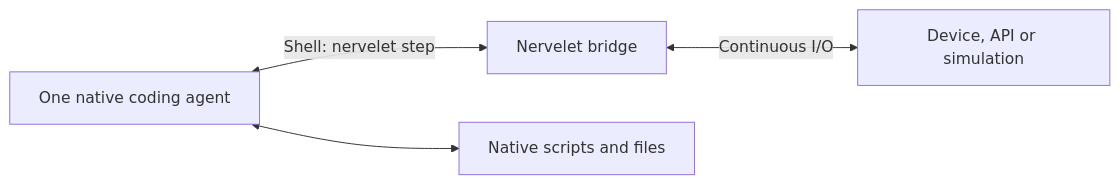
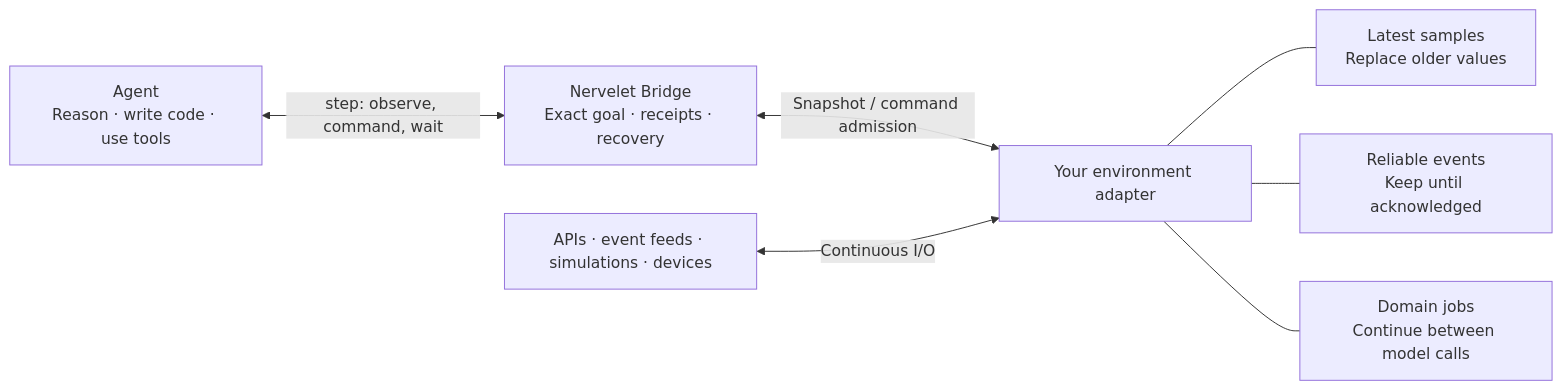
The first of 3 diagrams in README.md (DanMcInerney/nervelet), drawn with Mermaid before and after one commit. The commit also changed other lines of this file and 29 other files, not shown here.

First line of the commit message:
Add bounded emergency attention and explain Nervelet's continuous agent loop (#2)

````diff
--- a/README.md
+++ b/README.md
@@ -11,6 +11,9 @@
 ```mermaid
 flowchart LR
-    A["One native coding agent"] <-->|"Shell: nervelet step"| B["Nervelet bridge"]
-    B <-->|"Continuous I/O"| D["Device, API or simulation"]
-    A <--> W["Native scripts and files"]
+    A["Agent<br/>Reason · write code · use tools"] <-->|"step: observe, command, wait"| B["Nervelet Bridge<br/>Exact goal · receipts · recovery"]
+    B <-->|"Snapshot / command admission"| E["Your environment adapter"]
+    E --- S["Latest samples<br/>Replace older values"]
+    E --- Q["Reliable events<br/>Keep until acknowledged"]
+    E --- J["Domain jobs<br/>Continue between model calls"]
+    W["APIs · event feeds · simulations · devices"] <-->|"Continuous I/O"| E
 ```
````
